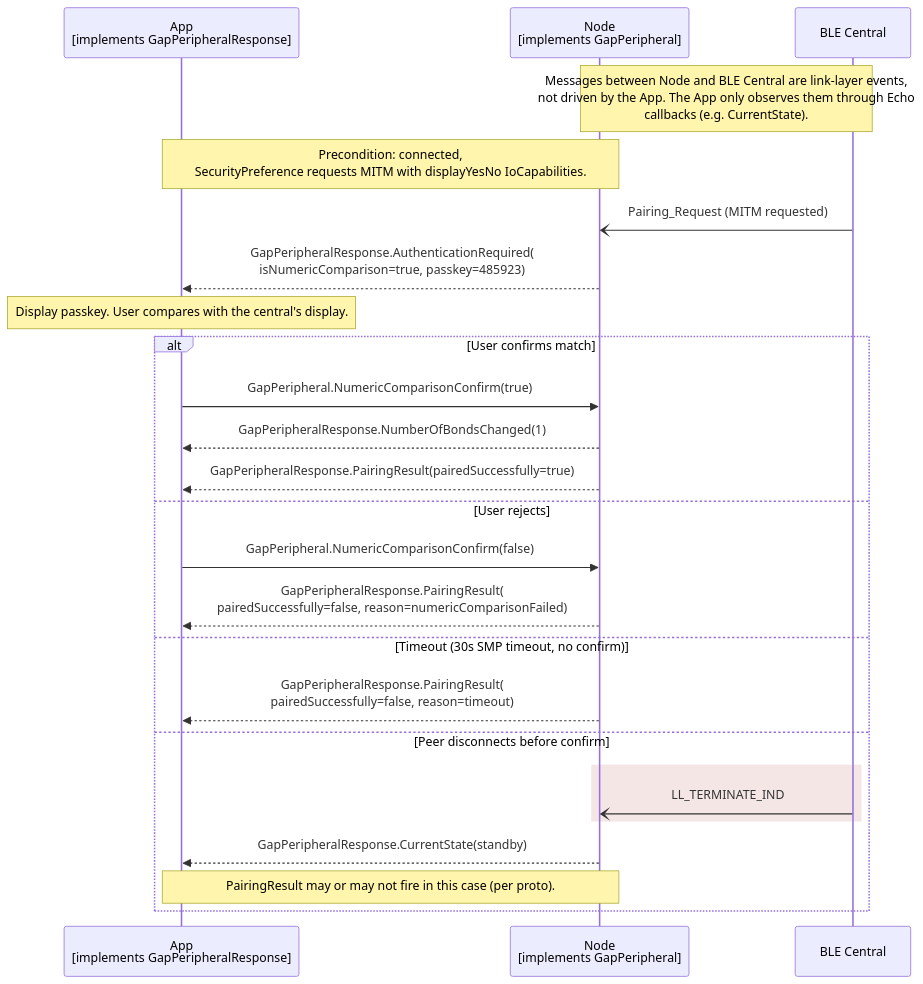
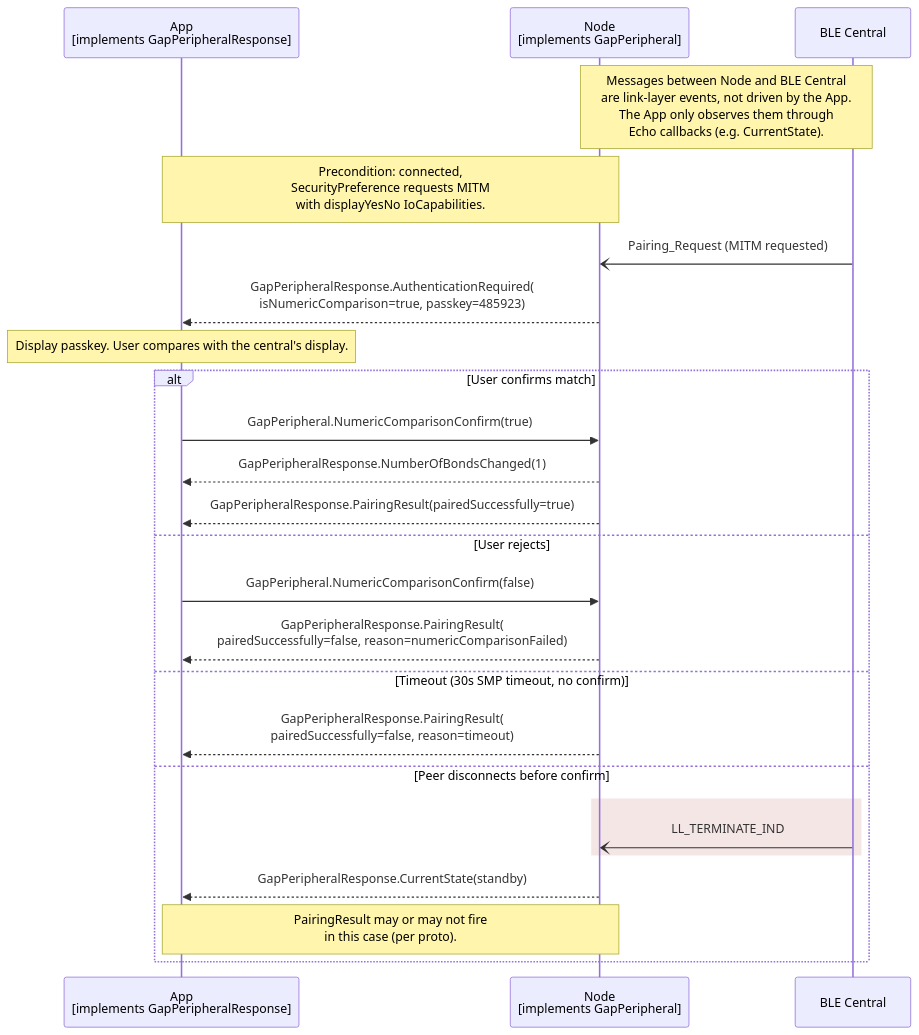
The diagram in documents/modules/ROOT/partials/echoservices/gap_peripheral/GapPeripheral_NumericComparisonConfirm_sequence.mmd (philips-software/amp-embedded-infra-lib), drawn with Mermaid before and after one commit. The commit also changed 27 other files, not shown here.

```diff
--- a/documents/modules/ROOT/partials/echoservices/gap_peripheral/GapPeripheral_NumericComparisonConfirm_sequence.mmd
+++ b/documents/modules/ROOT/partials/echoservices/gap_peripheral/GapPeripheral_NumericComparisonConfirm_sequence.mmd
@@ -1,30 +1,30 @@
 sequenceDiagram
     participant App as App<br>[implements GapPeripheralResponse]
     participant Node as Node<br>[implements GapPeripheral]
     participant Central as BLE Central
 
-    Note over Node, Central: Messages between Node and BLE Central are link-layer events,<br>not driven by the App. The App only observes them through Echo<br>callbacks (e.g. CurrentState).
+    Note over Node, Central: Messages between Node and BLE Central<br>are link-layer events, not driven by the App.<br>The App only observes them through<br>Echo callbacks (e.g. CurrentState).
 
-    Note over App, Node: Precondition: connected,<br>SecurityPreference requests MITM with displayYesNo IoCapabilities.
+    Note over App, Node: Precondition: connected,<br>SecurityPreference requests MITM<br>with displayYesNo IoCapabilities.
 
     Central-)Node: Pairing_Request (MITM requested)
     Node-->>App: GapPeripheralResponse.AuthenticationRequired(<br>isNumericComparison=true, passkey=485923)
 
     Note over App: Display passkey. User compares with the central's display.
 
     alt User confirms match
         App->>Node: GapPeripheral.NumericComparisonConfirm(true)
         Node-->>App: GapPeripheralResponse.NumberOfBondsChanged(1)
         Node-->>App: GapPeripheralResponse.PairingResult(pairedSuccessfully=true)
     else User rejects
         App->>Node: GapPeripheral.NumericComparisonConfirm(false)
         Node-->>App: GapPeripheralResponse.PairingResult(<br>pairedSuccessfully=false, reason=numericComparisonFailed)
     else Timeout (30s SMP timeout, no confirm)
         Node-->>App: GapPeripheralResponse.PairingResult(<br>pairedSuccessfully=false, reason=timeout)
     else Peer disconnects before confirm
         rect rgb(245, 230, 230)
             Central-)Node: LL_TERMINATE_IND
         end
         Node-->>App: GapPeripheralResponse.CurrentState(standby)
-        Note over App, Node: PairingResult may or may not fire in this case (per proto).
+        Note over App, Node: PairingResult may or may not fire<br>in this case (per proto).
     end
```
